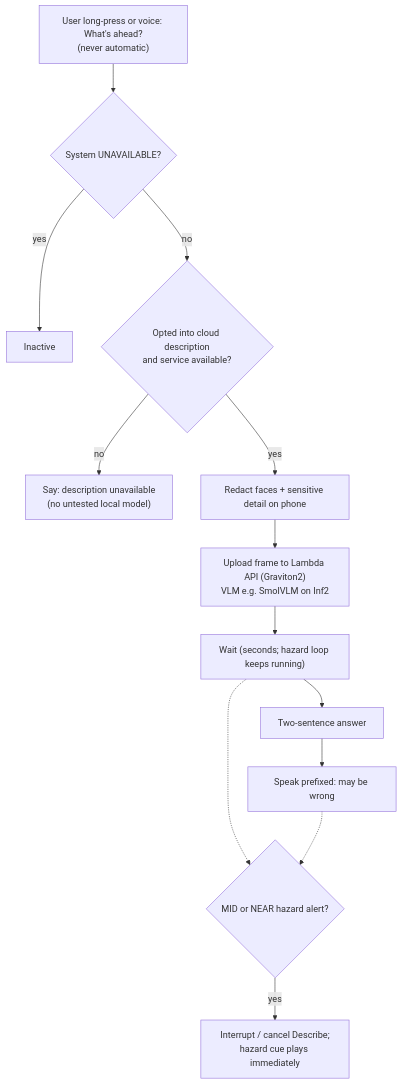
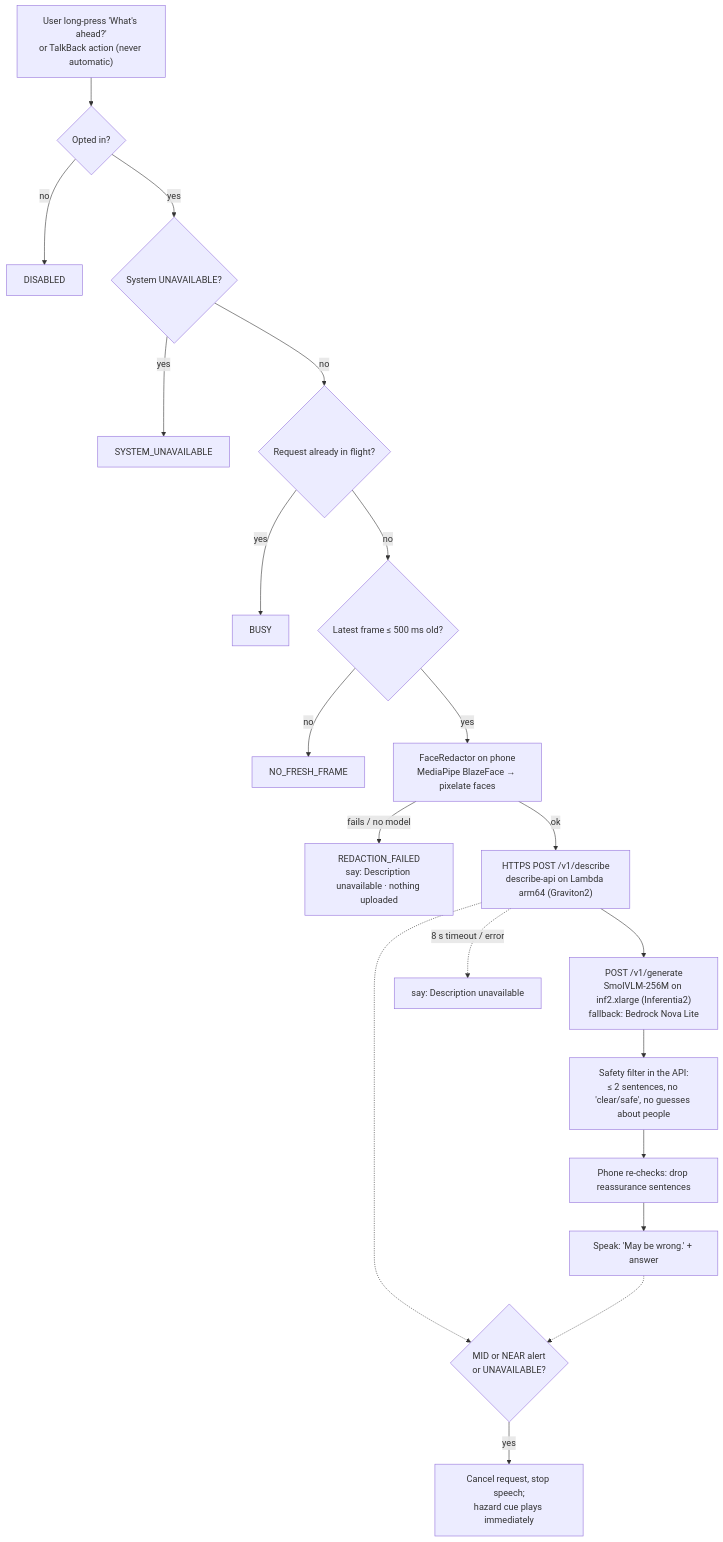
One commit to nunera/Determine changed the eighth of 9 diagrams in docs/flows/software.md. Above: the diagram before and after it, drawn with Mermaid. The commit also changed other lines of this file and 10 other files, not shown here.

Commit message:
Update diagrams, README and Architecture §7.3 for the Describe implementation

````diff
--- a/docs/flows/software.md
+++ b/docs/flows/software.md
@@ -206,15 +206,22 @@
 ```mermaid
 flowchart TD
-  ASK["User long-press or voice: What's ahead?<br/>(never automatic)"] --> UN{"System UNAVAILABLE?"}
-  UN -- yes --> OFF["Inactive"]
-  UN -- no --> OPT{"Opted into cloud description<br/>and service available?"}
-  OPT -- no --> NA["Say: description unavailable<br/>(no untested local model)"]
-  OPT -- yes --> RED["Redact faces + sensitive detail on phone"]
-  RED --> UP["Upload frame to Lambda API (Graviton2)<br/>VLM e.g. SmolVLM on Inf2"]
-  UP --> WAIT["Wait (seconds; hazard loop keeps running)"]
-  WAIT --> RES["Two-sentence answer"]
-  RES --> SPEAK["Speak prefixed: may be wrong"]
-  HZ{"MID or NEAR hazard alert?"} -- yes --> INT["Interrupt / cancel Describe;<br/>hazard cue plays immediately"]
-  WAIT -.-> HZ
+  ASK["User long-press 'What's ahead?'<br/>or TalkBack action (never automatic)"] --> EN{"Opted in?"}
+  EN -- no --> R1["DISABLED"]
+  EN -- yes --> UN{"System UNAVAILABLE?"}
+  UN -- yes --> R2["SYSTEM_UNAVAILABLE"]
+  UN -- no --> BZ{"Request already in flight?"}
+  BZ -- yes --> R3["BUSY"]
+  BZ -- no --> FR{"Latest frame ≤ 500 ms old?"}
+  FR -- no --> R4["NO_FRESH_FRAME"]
+  FR -- yes --> RED["FaceRedactor on phone<br/>MediaPipe BlazeFace → pixelate faces"]
+  RED -- "fails / no model" --> R5["REDACTION_FAILED<br/>say: Description unavailable · nothing uploaded"]
+  RED -- ok --> UP["HTTPS POST /v1/describe<br/>describe-api on Lambda arm64 (Graviton2)"]
+  UP --> INF["POST /v1/generate<br/>SmolVLM-256M on inf2.xlarge (Inferentia2)<br/>fallback: Bedrock Nova Lite"]
+  INF --> FIL["Safety filter in the API:<br/>≤ 2 sentences, no 'clear/safe', no guesses about people"]
+  FIL --> CHK["Phone re-checks: drop reassurance sentences"]
+  CHK --> SPEAK["Speak: 'May be wrong.' + answer"]
+  UP -. "8 s timeout / error" .-> FAIL["say: Description unavailable"]
+  HZ{"MID or NEAR alert<br/>or UNAVAILABLE?"} -- yes --> INT["Cancel request, stop speech;<br/>hazard cue plays immediately"]
+  UP -.-> HZ
   SPEAK -.-> HZ
 ```
````
